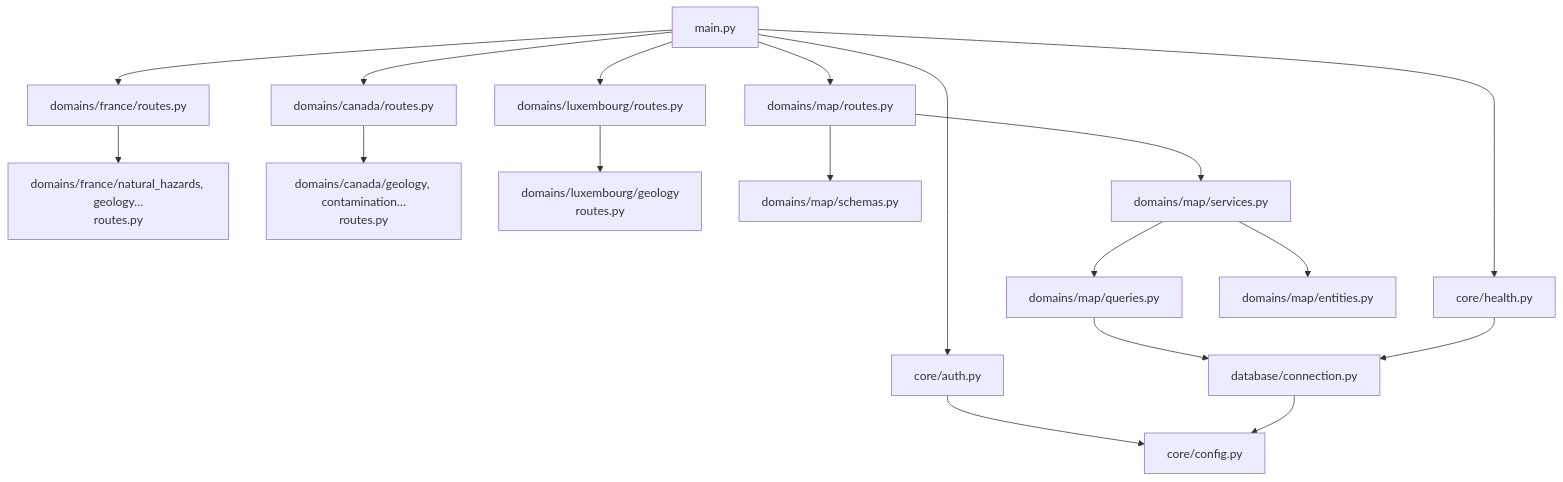
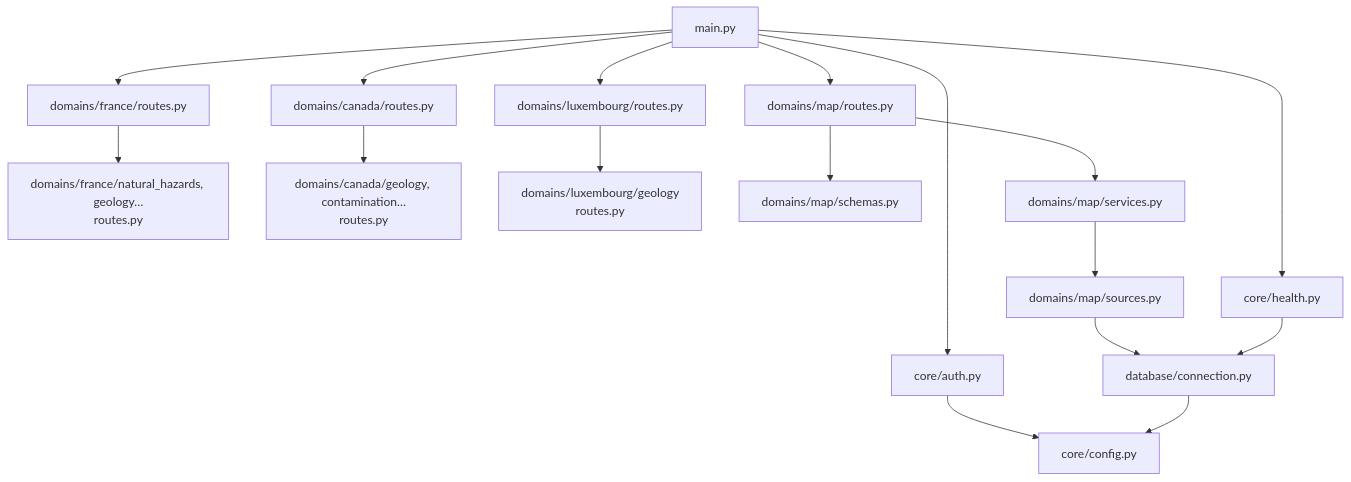
The second of 3 diagrams in docs/architecture.md (eric-fondasol/back-fastapi), drawn with Mermaid before and after one commit. The commit also changed other lines of this file and 13 other files, not shown here.

````diff
--- a/docs/architecture.md
+++ b/docs/architecture.md
@@ -354,20 +363,19 @@
 ```mermaid
 flowchart TD
     main["main.py"] --> health["core/health.py"]
     main --> auth["core/auth.py"]
     main --> map["domains/map/routes.py"]
     main --> fr["domains/france/routes.py"]
     main --> ca["domains/canada/routes.py"]
     main --> lu["domains/luxembourg/routes.py"]
     fr --> frthemes["domains/france/natural_hazards, geology…<br/>routes.py"]
     ca --> cathemes["domains/canada/geology, contamination…<br/>routes.py"]
     lu --> luthemes["domains/luxembourg/geology<br/>routes.py"]
     map --> maps["domains/map/schemas.py"]
     map --> mapsv["domains/map/services.py"]
-    mapsv --> mapq["domains/map/queries.py"]
-    mapsv --> mape["domains/map/entities.py"]
+    mapsv --> mapq["domains/map/sources.py"]
     mapq --> db["database/connection.py"]
     health --> db
     auth --> config["core/config.py"]
     db --> config
 ```
````
